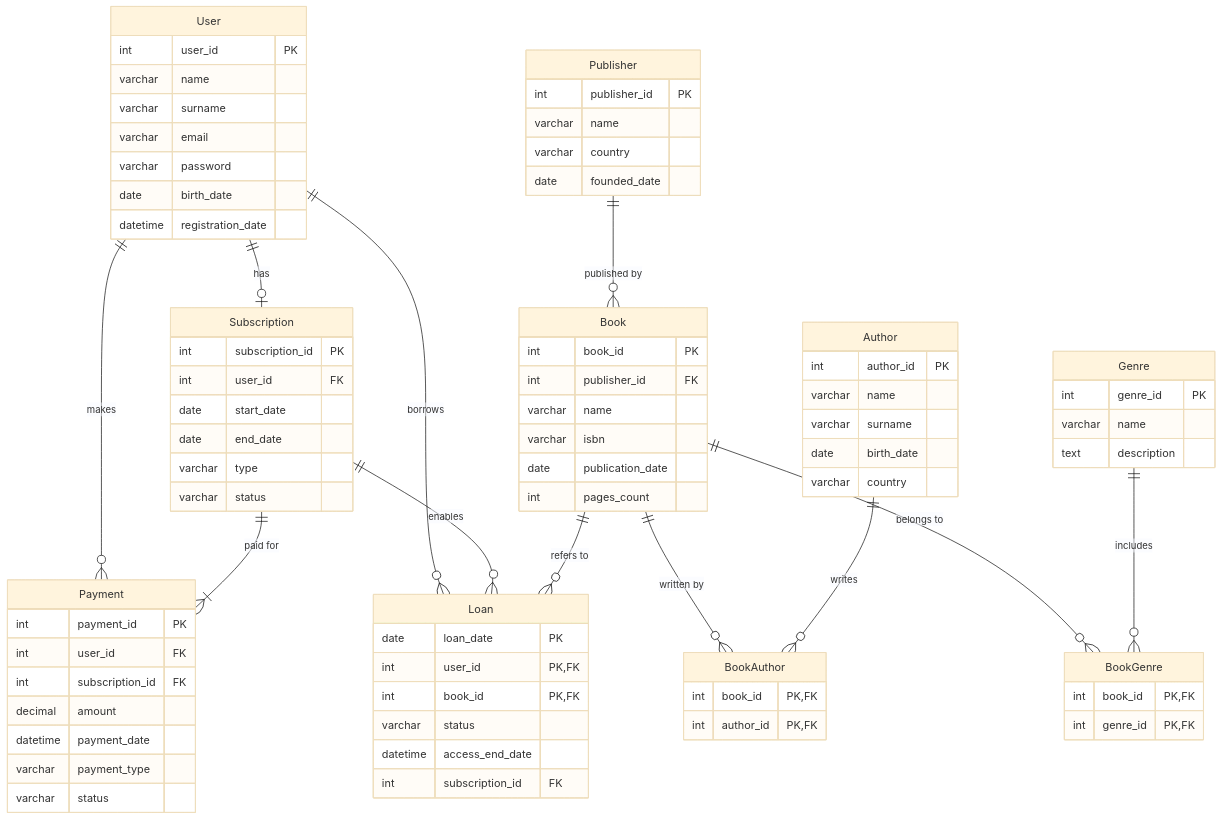
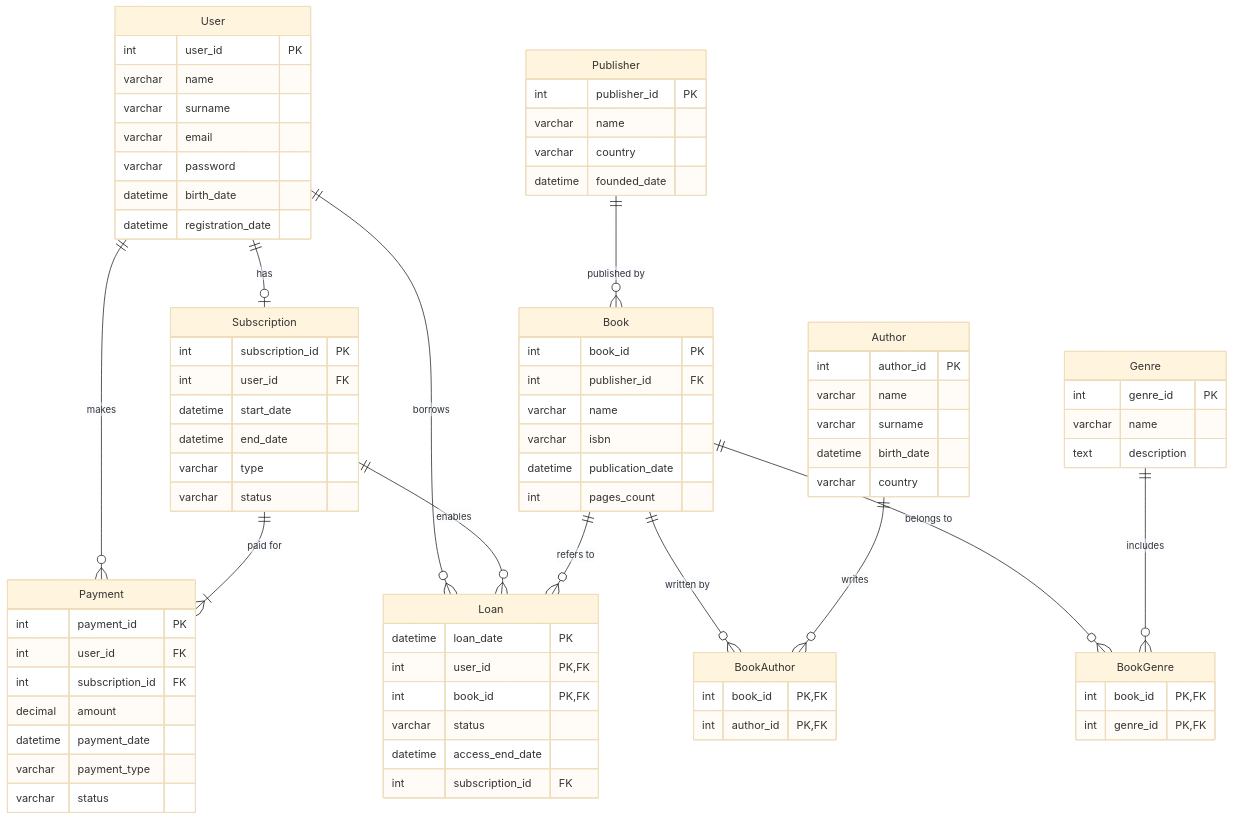
Before and after one commit to lestaplus/library_db: the diagram in README.md, drawn with Mermaid (base theme).

Commit message:
Removed date

```diff
--- a/README.md
+++ b/README.md
@@ -39,14 +39,14 @@
         varchar surname
         varchar email
         varchar password
-        date birth_date
+        datetime birth_date
         datetime registration_date
     }
     Subscription {
         int subscription_id PK
         int user_id FK
-        date start_date
-        date end_date
+        datetime start_date
+        datetime end_date
         varchar type
         varchar status
     }
@@ -60,7 +60,7 @@
         varchar status
     }
     Loan {
-        date loan_date PK
+        datetime loan_date PK
         int user_id PK, FK
         int book_id PK, FK
         varchar status
@@ -72,20 +72,20 @@
         int publisher_id FK
         varchar name
         varchar isbn
-        date publication_date
+        datetime publication_date
         int pages_count
     }
     Publisher {
         int publisher_id PK
         varchar name
         varchar country
-        date founded_date
+        datetime founded_date
     }
     Author {
         int author_id PK
         varchar name
         varchar surname
-        date birth_date
+        datetime birth_date
         varchar country
     }
     Genre {
```
